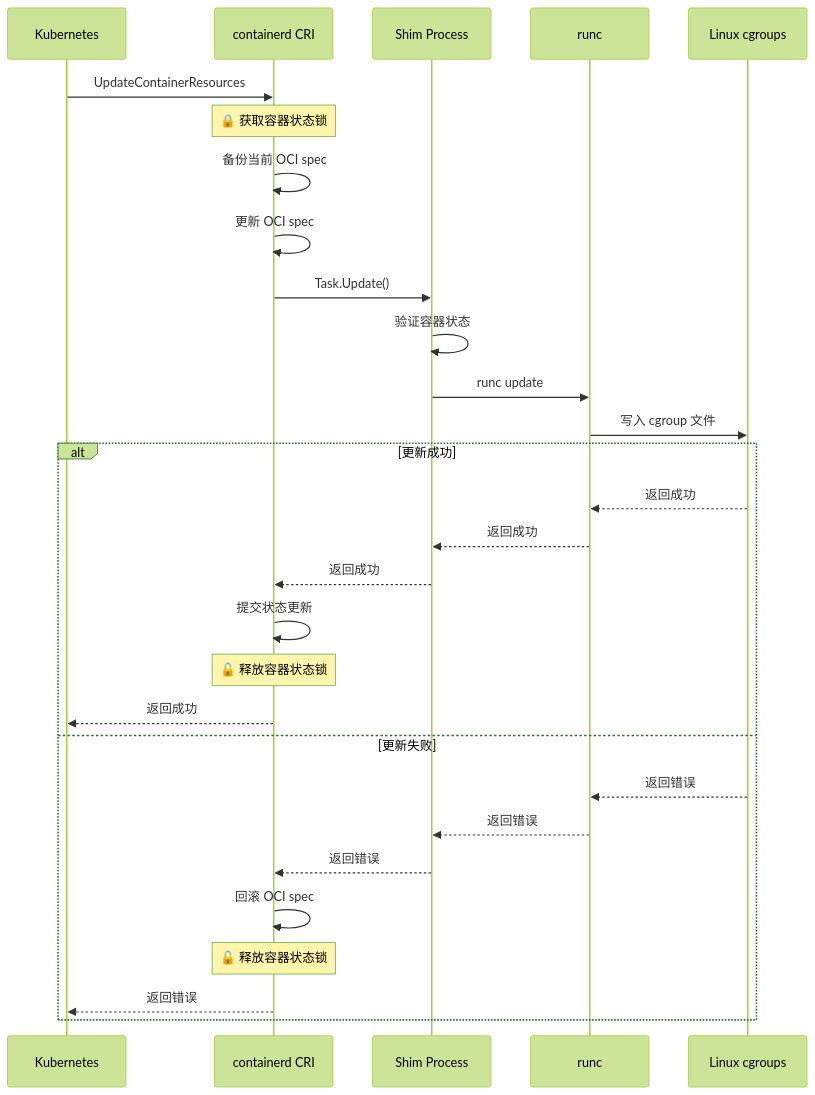
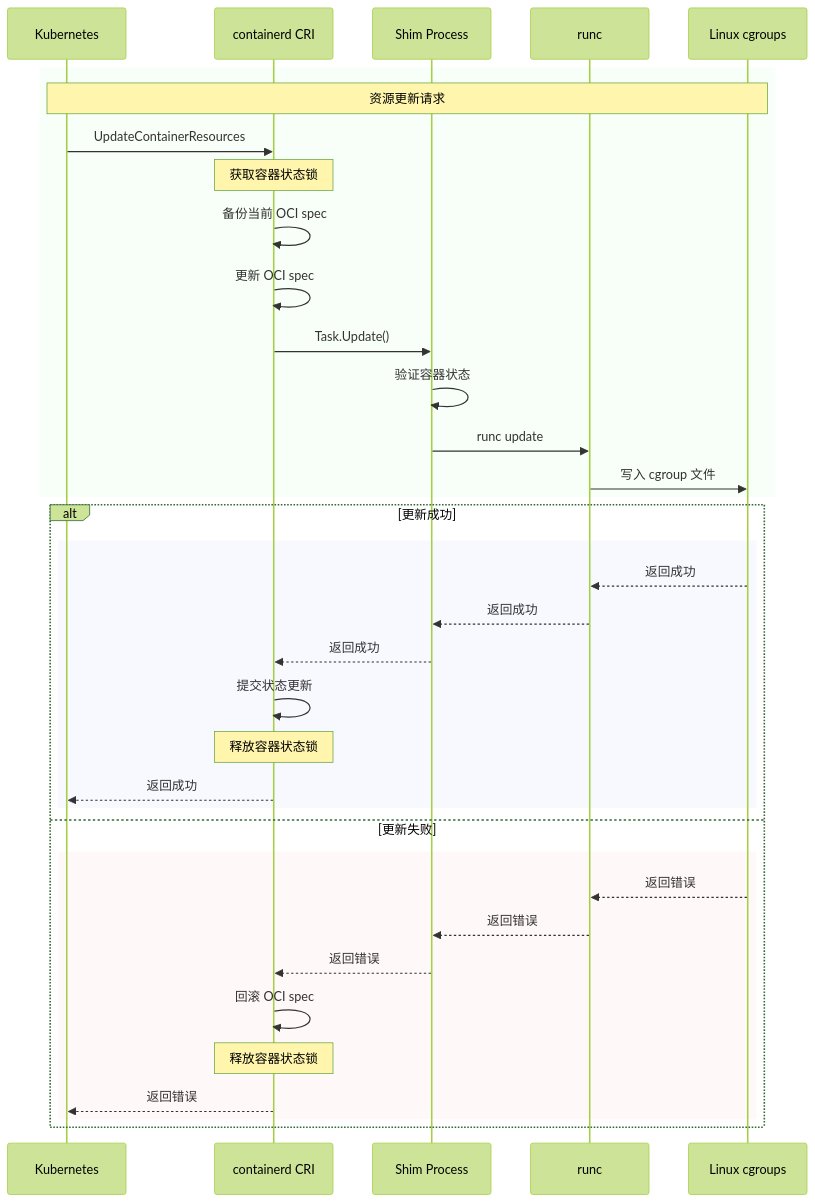
The diagram in vdocs/cgroup.md (victor1589007281/containerd), drawn with Mermaid (forest theme) before and after one commit. The commit also changed 13 other files, not shown here.

````diff
--- a/vdocs/cgroup.md
+++ b/vdocs/cgroup.md
@@ -327,33 +327,40 @@
 ```mermaid
 sequenceDiagram
     participant K as Kubernetes
     participant C as containerd CRI
     participant S as Shim Process  
     participant R as runc
     participant L as Linux cgroups
 
+    rect rgba(230, 255, 230, 0.3)
+    Note over K,L: 资源更新请求
     K->>C: UpdateContainerResources
-    Note over C: 🔒 获取容器状态锁
+    Note over C: 获取容器状态锁
     C->>C: 备份当前 OCI spec
     C->>C: 更新 OCI spec
     C->>S: Task.Update()
     S->>S: 验证容器状态
     S->>R: runc update
     R->>L: 写入 cgroup 文件
+    end
     
     alt 更新成功
+        rect rgba(230, 230, 255, 0.3)
         L-->>R: 返回成功
         R-->>S: 返回成功  
         S-->>C: 返回成功
         C->>C: 提交状态更新
-        Note over C: 🔓 释放容器状态锁
+        Note over C: 释放容器状态锁
         C-->>K: 返回成功
+        end
     else 更新失败
+        rect rgba(255, 230, 230, 0.3)
         L-->>R: 返回错误
         R-->>S: 返回错误
         S-->>C: 返回错误
         C->>C: 回滚 OCI spec
-        Note over C: 🔓 释放容器状态锁  
+        Note over C: 释放容器状态锁  
         C-->>K: 返回错误
+        end
     end
 ```
````
